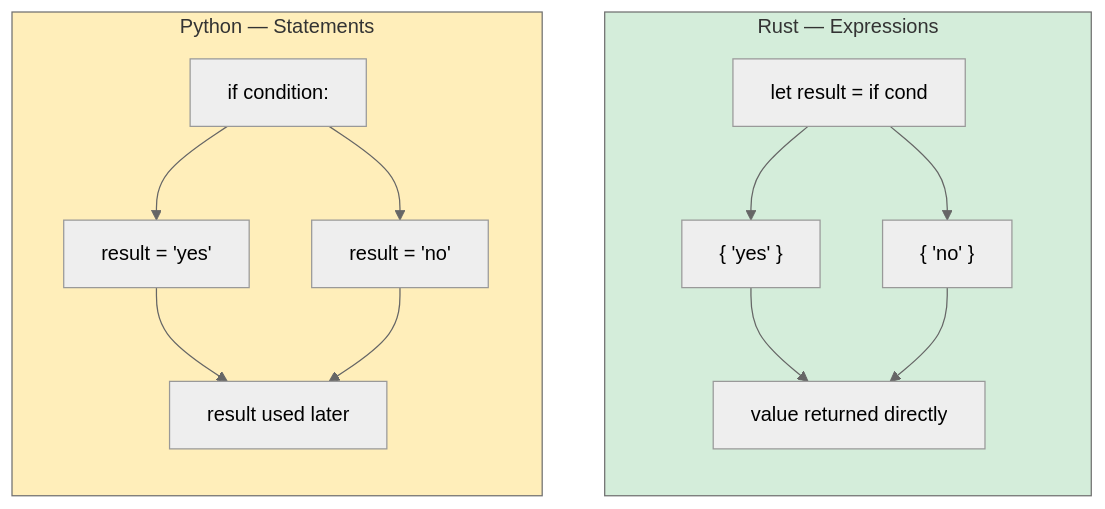
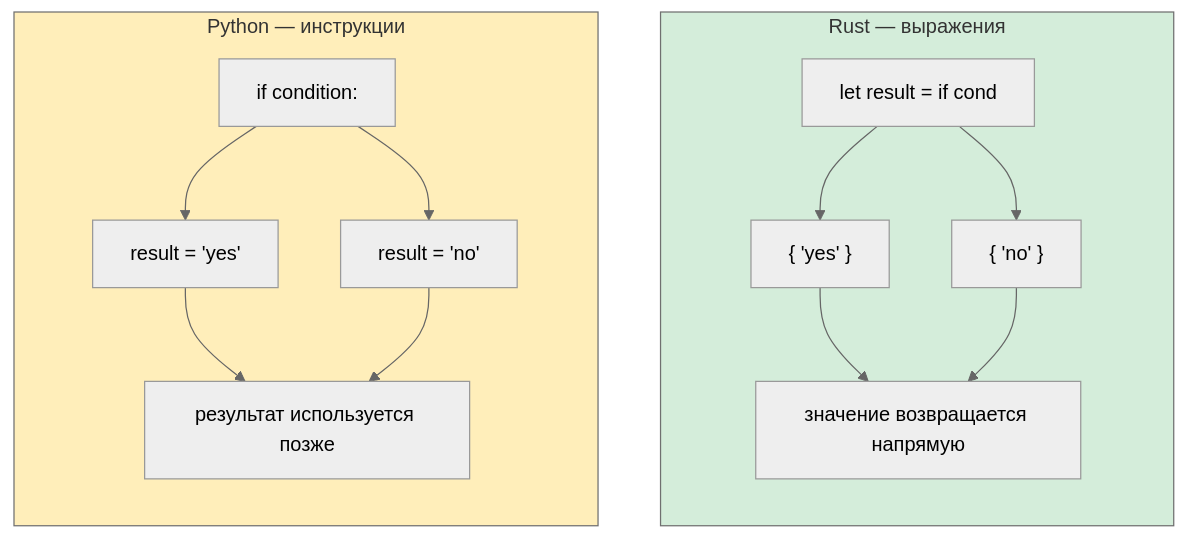
One commit to r007/RustTraining-Rus changed the diagram in python-book/src/ch04-control-flow.md. Above: the diagram before and after it, drawn with Mermaid (neutral theme). The commit also changed other lines of this file and 10 other files, not shown here.

````diff
--- a/python-book/src/ch04-control-flow.md
+++ b/python-book/src/ch04-control-flow.md
@@ -213,19 +211,19 @@
 ```mermaid
 flowchart LR
-    subgraph Python ["Python — Statements"]
+    subgraph Python ["Python — инструкции"]
         P1["if condition:"] --> P2["result = 'yes'"]
         P1 --> P3["result = 'no'"]
-        P2 --> P4["result used later"]
+        P2 --> P4["результат используется позже"]
         P3 --> P4
     end
 
     Python ~~~ Rust
-    subgraph Rust ["Rust — Expressions"]
+    subgraph Rust ["Rust — выражения"]
         R1["let result = if cond"] --> R2["{ 'yes' }"]
         R1 --> R3["{ 'no' }"]
-        R2 --> R4["value returned directly"]
+        R2 --> R4["значение возвращается напрямую"]
         R3 --> R4
     end
     style Python fill:#ffeeba
     style Rust fill:#d4edda
 ```
````
